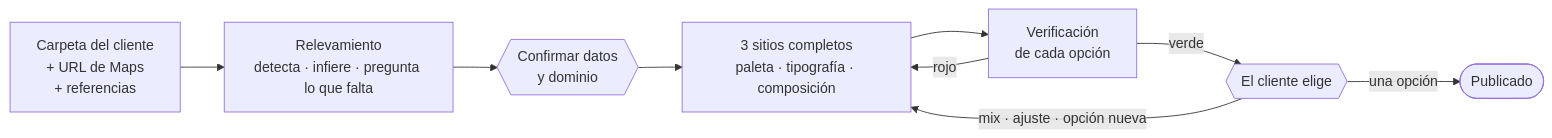
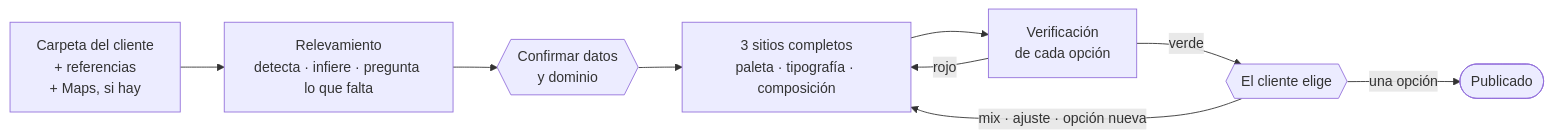
One commit to amiretti/SpecMate changed the diagram in README.md. Above: the diagram before and after it, drawn with Mermaid. The commit also changed other lines of this file and 3 other files, not shown here.

````diff
--- a/README.md
+++ b/README.md
@@ -47,11 +48,11 @@
 ```mermaid
 flowchart LR
-    In["Carpeta del cliente<br/>+ URL de Maps<br/>+ referencias"] --> Rel["Relevamiento<br/>detecta · infiere · pregunta lo que falta"]
+    In["Carpeta del cliente<br/>+ referencias<br/>+ Maps, si hay"] --> Rel["Relevamiento<br/>detecta · infiere · pregunta lo que falta"]
     Rel --> G1{{"Confirmar datos<br/>y dominio"}}
     G1 --> Gen["3 sitios completos<br/>paleta · tipografía · composición"]
     Gen --> Verify["Verificación<br/>de cada opción"]
     Verify -->|rojo| Gen
     Verify -->|verde| Elegir{{"El cliente elige"}}
     Elegir -->|"mix · ajuste · opción nueva"| Gen
     Elegir -->|"una opción"| Pub([Publicado])
 ```
````
